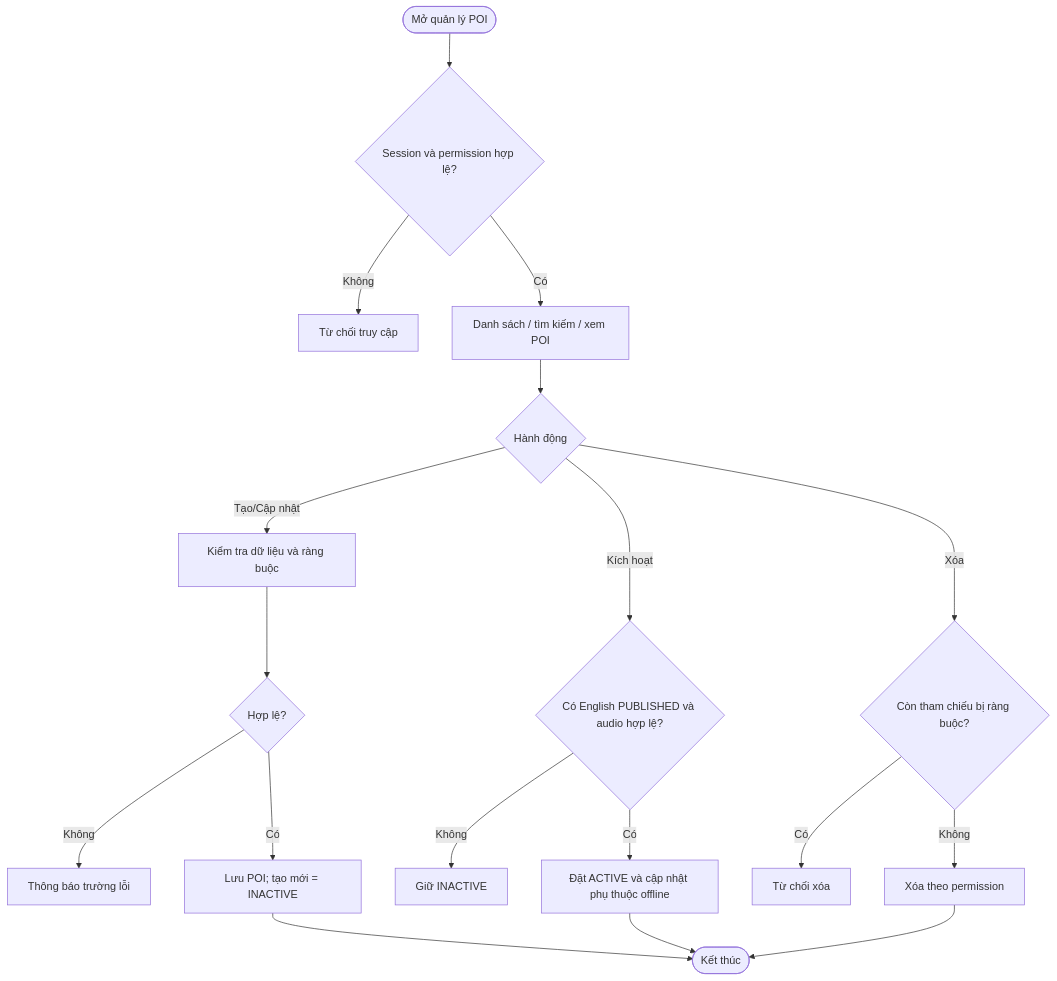
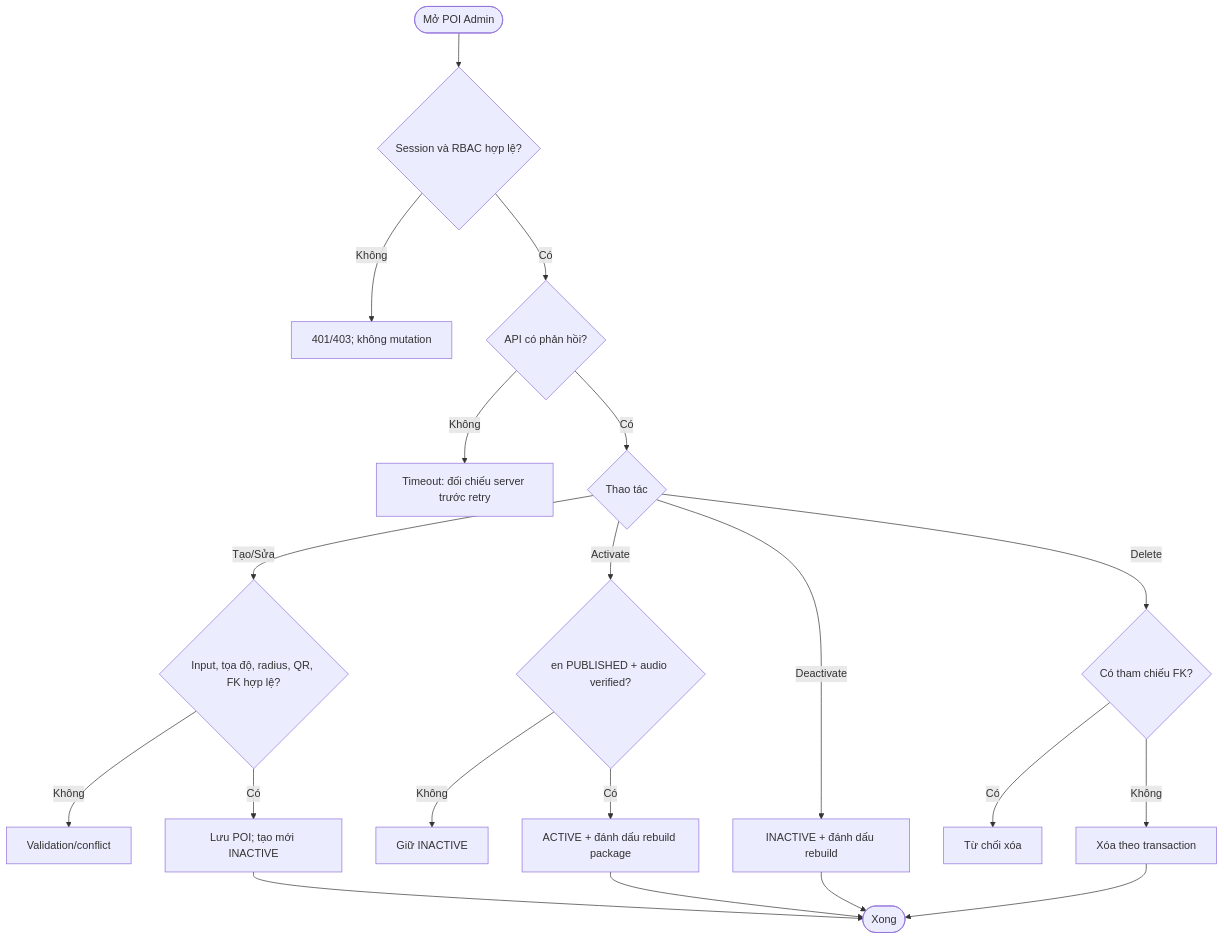
One commit to Ko4rut/multilingual-narration-backend changed the first of 3 diagrams in docs/use-case/ep-w01-poi-narration-administration.md. Above: the diagram before and after it, drawn with Mermaid. The commit also changed other lines of this file and 9 other files, not shown here.

````diff
--- a/docs/use-case/ep-w01-poi-narration-administration.md
+++ b/docs/use-case/ep-w01-poi-narration-administration.md
@@ -53,17 +41,18 @@
 ```mermaid
 flowchart TD
-    A([Mở quản lý POI]) --> B{Session và permission hợp lệ?}
-    B -- Không --> X[Từ chối truy cập]
-    B -- Có --> C[Danh sách / tìm kiếm / xem POI]
-    C --> D{Hành động}
-    D -- Tạo/Cập nhật --> E[Kiểm tra dữ liệu và ràng buộc]
-    E --> F{Hợp lệ?}
-    F -- Không --> G[Thông báo trường lỗi]
-    F -- Có --> H[Lưu POI; tạo mới = INACTIVE] --> Z([Kết thúc])
-    D -- Kích hoạt --> I{Có English PUBLISHED và audio hợp lệ?}
-    I -- Không --> J[Giữ INACTIVE]
-    I -- Có --> K[Đặt ACTIVE và cập nhật phụ thuộc offline] --> Z
-    D -- Xóa --> L{Còn tham chiếu bị ràng buộc?}
-    L -- Có --> M[Từ chối xóa]
-    L -- Không --> N[Xóa theo permission] --> Z
+ A([Mở POI Admin]) --> B{Session và RBAC hợp lệ?}
+ B -- Không --> X[401/403; không mutation]
+ B -- Có --> C{API có phản hồi?}
+ C -- Không --> Y[Timeout: đối chiếu server trước retry]
+ C -- Có --> D{Thao tác}
+ D -- Tạo/Sửa --> E{Input, tọa độ, radius, QR, FK hợp lệ?}
+ E -- Không --> F[Validation/conflict]
+ E -- Có --> G[Lưu POI; tạo mới INACTIVE] --> Z([Xong])
+ D -- Activate --> H{en PUBLISHED + audio verified?}
+ H -- Không --> I[Giữ INACTIVE]
+ H -- Có --> J[ACTIVE + đánh dấu rebuild package] --> Z
+ D -- Deactivate --> K[INACTIVE + đánh dấu rebuild] --> Z
+ D -- Delete --> L{Có tham chiếu FK?}
+ L -- Có --> M[Từ chối xóa]
+ L -- Không --> N[Xóa theo transaction] --> Z
 ```
````
